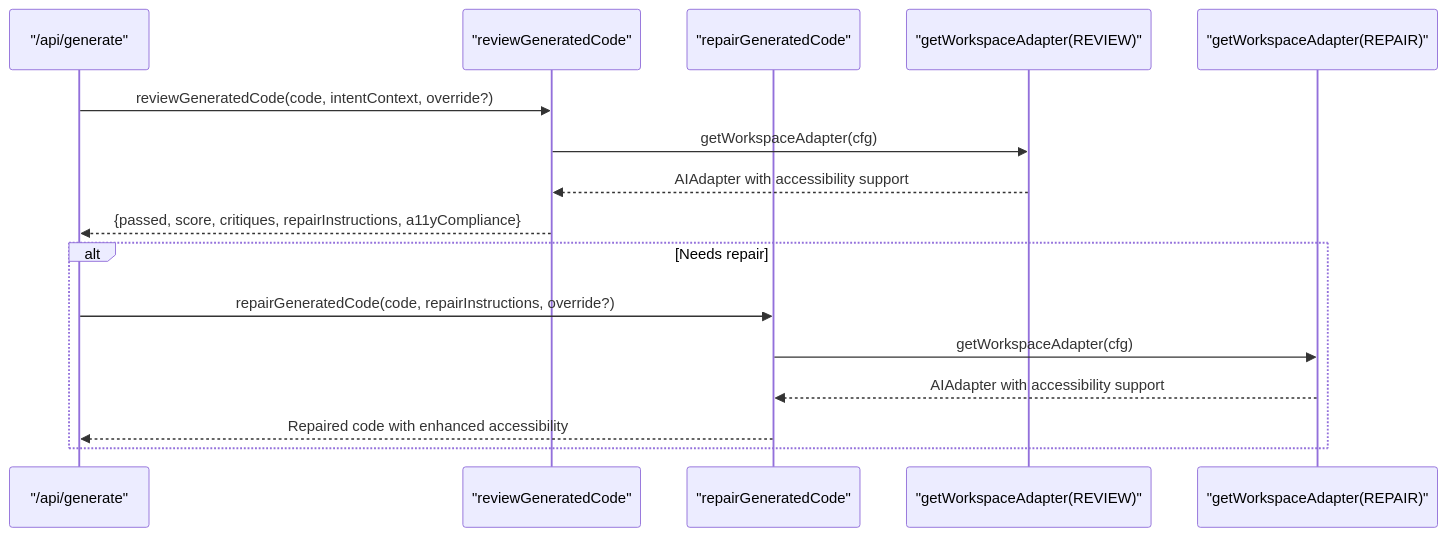
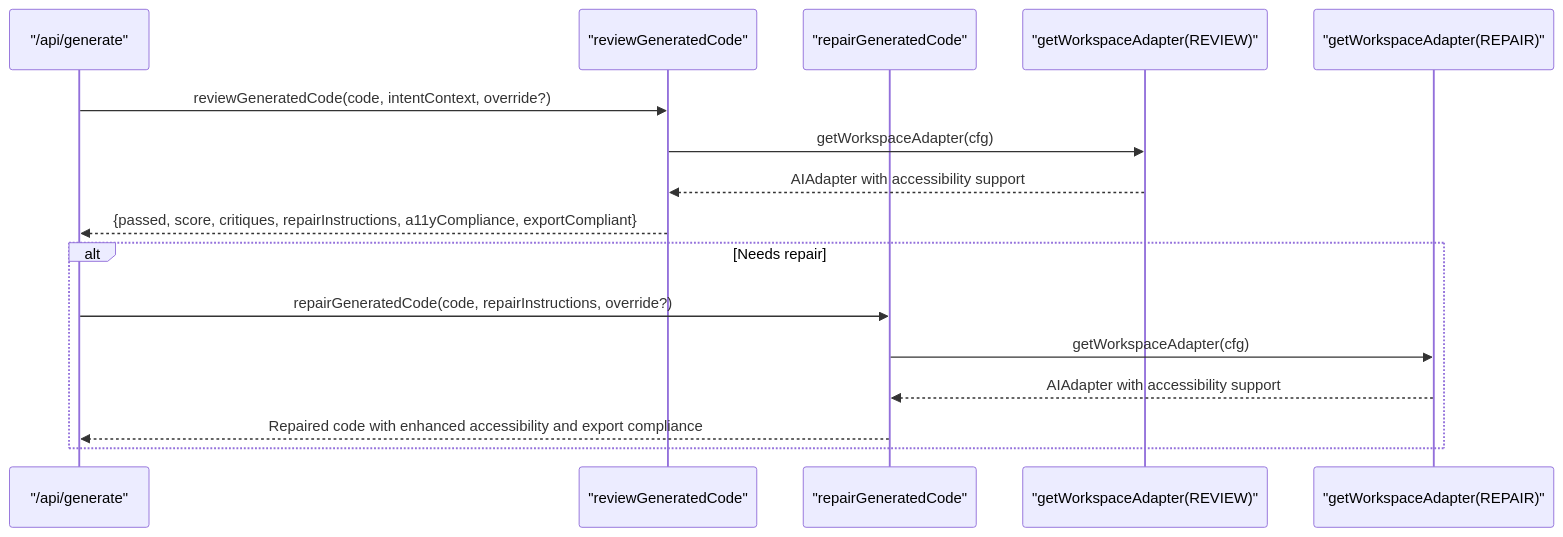
Before and after one commit to shekhargiri005-dotcom/AI-powered-accessibility-first-UI-engine: the sixth of 11 diagrams in .qoder/repowiki/en/content/AI Generation Engine/AI Generation Engine.md, drawn with Mermaid. The commit also changed other lines of this file and 6 other files, not shown here.

````diff
--- a/.qoder/repowiki/en/content/AI Generation Engine/AI Generation Engine.md
+++ b/.qoder/repowiki/en/content/AI Generation Engine/AI Generation Engine.md
@@ -351,18 +354,18 @@
 ```mermaid
 sequenceDiagram
 participant GenRoute as "/api/generate"
 participant Review as "reviewGeneratedCode"
 participant Repair as "repairGeneratedCode"
 participant RevAdapter as "getWorkspaceAdapter(REVIEW)"
 participant RepAdapter as "getWorkspaceAdapter(REPAIR)"
 GenRoute->>Review : reviewGeneratedCode(code, intentContext, override?)
 Review->>RevAdapter : getWorkspaceAdapter(cfg)
 RevAdapter-->>Review : AIAdapter with accessibility support
-Review-->>GenRoute : {passed, score, critiques, repairInstructions, a11yCompliance}
+Review-->>GenRoute : {passed, score, critiques, repairInstructions, a11yCompliance, exportCompliant}
 alt Needs repair
 GenRoute->>Repair : repairGeneratedCode(code, repairInstructions, override?)
 Repair->>RepAdapter : getWorkspaceAdapter(cfg)
 RepAdapter-->>Repair : AIAdapter with accessibility support
-Repair-->>GenRoute : Repaired code with enhanced accessibility
+Repair-->>GenRoute : Repaired code with enhanced accessibility and export compliance
 end
 ```
````
